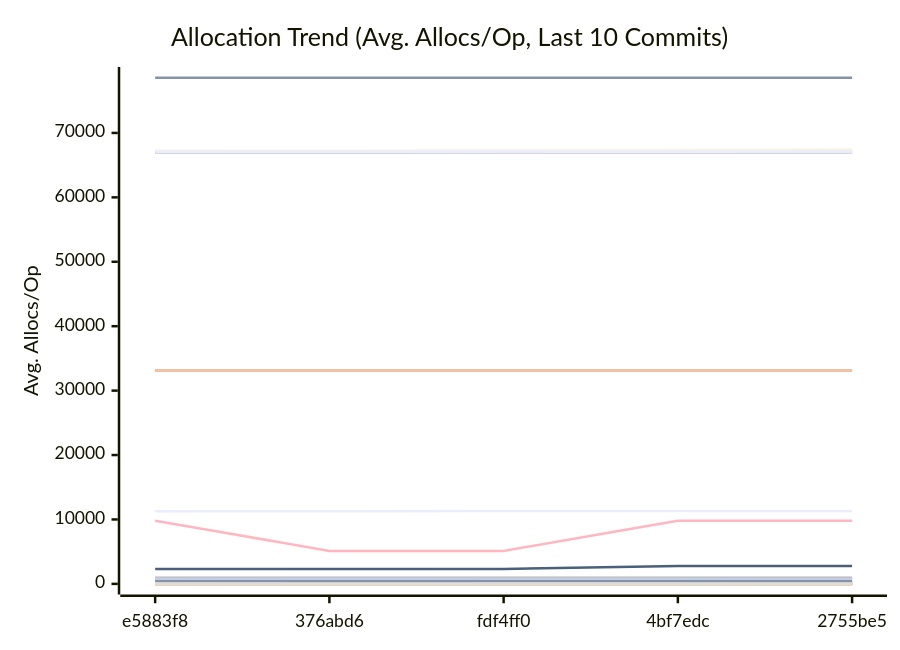
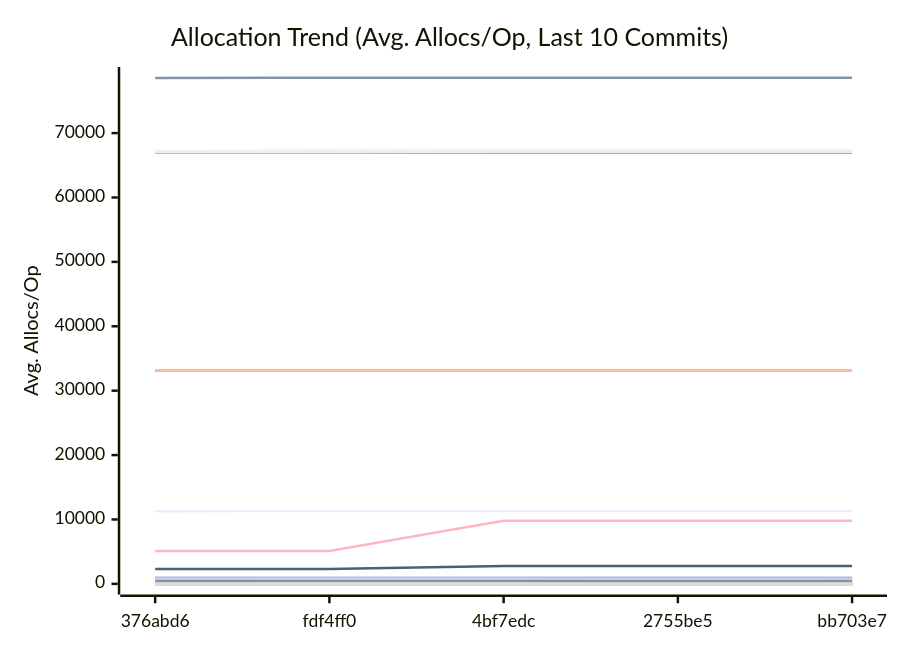
The third of 3 diagrams in docs/PERFORMANCE.md (alsotoes/momo), drawn with Mermaid before and after one commit. The commit also changed other lines of this file and 3 other files, not shown here.

````diff
--- a/docs/PERFORMANCE.md
+++ b/docs/PERFORMANCE.md
@@ -360,44 +360,44 @@
 ```mermaid
 xychart-beta
     title "Allocation Trend (Avg. Allocs/Op, Last 10 Commits)"
     x-axis "Commit"
     y-axis "Avg. Allocs/Op"
-    x-axis [e5883f8,376abd6,fdf4ff0,4bf7edc,2755be5]
-    line "AWSChunkedReaderSigned" [11288,11282,11307,11314,11300,11307,11302,11307,11334,11352]
-    line "AWSChunkedReaderUnsigned" [78561,78569,78579,78587,78576,78613,78584,78583,78611,78631]
+    x-axis [376abd6,fdf4ff0,4bf7edc,2755be5,bb703e7]
+    line "AWSChunkedReaderSigned" [11282,11307,11314,11300,11307,11302,11307,11334,11352,11308]
+    line "AWSChunkedReaderUnsigned" [78569,78579,78587,78576,78613,78584,78583,78611,78631,78600]
     line "CheckMetricsAndSwap" [0,0,0,0,0,0,0,0,0,0]
     line "CrushOptimized" [0,0,0,0,0,0,0,0,0,0]
     line "CrushOriginal" [3,3,3,3,3,3,3,3,3,3]
     line "FormatListObjectsV2XML_AppendFormat" [16,16,16,16,16,16,16,16,16,16]
     line "FormatListObjectsV2XML_OldFormat" [1000,1000,1000,1000,1000,1000,1000,1000,1000,1000]
     line "HashBytes/1MiB" [64,64,64,64,64,64,64,64,64,64]
     line "HashBytes/256MiB" [64,64,64,64,64,64,64,64,64,64]
     line "HashBytes/64MiB" [64,64,64,64,64,64,64,64,64,64]
     line "HashFile/1MiB" [33128,33128,33128,33128,33128,33128,33128,33128,33128,33128]
     line "HashFile/256MiB" [33128,33128,33128,33128,33128,33128,33128,33128,33128,33128]
     line "HashFile/64MiB" [33128,33128,33128,33128,33128,33128,33128,33128,33128,33128]
     line "IndexDirectTracking" [0,0,0,0,0,0,0,0,0,0]
     line "IndexSearch" [0,0,0,0,0,0,0,0,0,0]
     line "LastModifiedHeader_AppendFormat" [0,0,0,0,0,0,0,0,0,0]
     line "LastModifiedHeader_Format" [1,1,1,1,1,1,1,1,1,1]
     line "LoadGlobalConfig" [58,58,58,58,58,58,58,58,58,58]
-    line "LocalWrite/1MiB" [67031,67028,67030,67033,67040,67026,67032,67028,67034,67036]
-    line "LocalWrite/256MiB" [67275,67218,67324,67356,67435,67322,67349,67419,67379,67488]
-    line "LocalWrite/64MiB" [67070,67080,67067,67089,67097,67084,67096,67074,67087,67088]
+    line "LocalWrite/1MiB" [67028,67030,67033,67040,67026,67032,67028,67034,67036,67032]
+    line "LocalWrite/256MiB" [67218,67324,67356,67435,67322,67349,67419,67379,67488,67427]
+    line "LocalWrite/64MiB" [67080,67067,67089,67097,67084,67096,67074,67087,67088,67081]
     line "PadString" [1,1,1,1,1,1,1,1,1,1]
     line "ParseReplicationOrder_NoPrealloc" [6,6,6,6,6,5,5,5,5,5]
     line "ParseReplicationOrder_Prealloc" [2,2,2,2,2,1,1,1,1,1]
     line "Placement" [6,6,6,6,6,6,6,6,6,6]
     line "PlacementDomainSpread" [6,6,6,6,6,6,6,6,6,6]
-    line "ReadVerify/1MiB" [458,466,460,436,471,463,468,467,468,486]
-    line "ReadVerify/256MiB" [9808,5120,5120,9808,9808,9808,9808,9808,9808,9808]
-    line "ReadVerify/64MiB" [2307,2307,2307,2776,2776,2776,2776,2776,3557,2776]
+    line "ReadVerify/1MiB" [466,460,436,471,463,468,467,468,486,478]
+    line "ReadVerify/256MiB" [5120,5120,9808,9808,9808,9808,9808,9808,9808,9808]
+    line "ReadVerify/64MiB" [2307,2307,2776,2776,2776,2776,2776,3557,2776,2776]
     line "S3PutSpool/1MiB" [447,447,447,447,447,447,447,447,447,447]
     line "S3PutSpool/256MiB" [448,448,448,448,448,448,448,448,448,448]
     line "S3PutSpool/64MiB" [448,448,448,448,448,448,448,448,448,448]
     line "SanitizeLog/Safe" [0,0,0,0,0,0,0,0,0,0]
     line "SanitizeLog/Unsafe" [1,1,1,1,1,1,1,1,1,1]
-    line "TrustedRead/1MiB" [827,800,800,800,800,800,800,800,800,800]
-    line "TrustedRead/256MiB" [800,800,800,800,848,800,800,800,800,800]
+    line "TrustedRead/1MiB" [800,800,800,800,800,800,800,800,800,800]
+    line "TrustedRead/256MiB" [800,800,800,848,800,800,800,800,800,800]
     line "TrustedRead/64MiB" [800,800,800,800,800,800,800,800,800,800]
 ```
````
